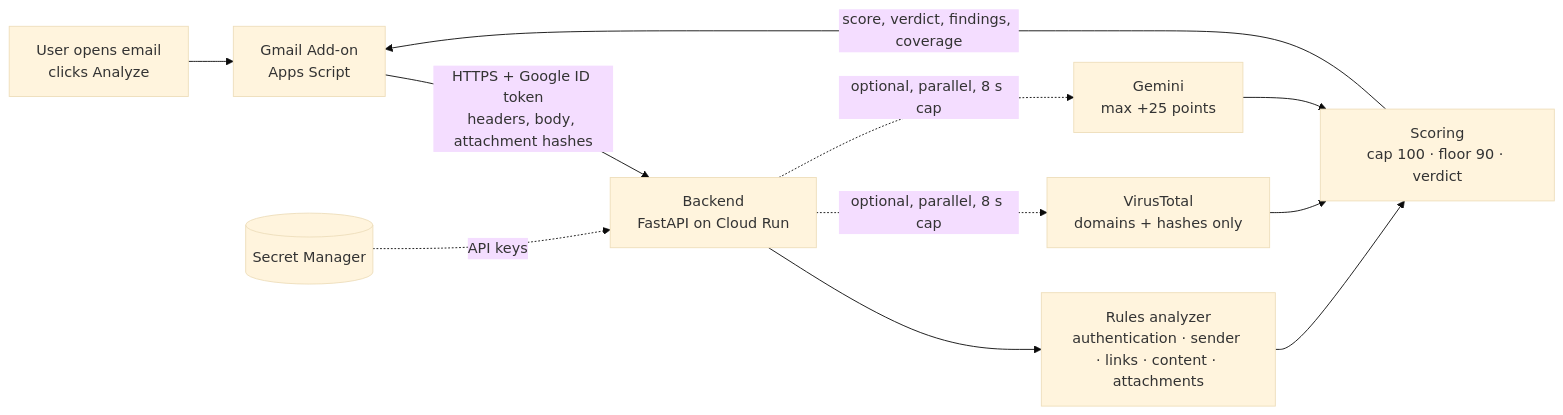
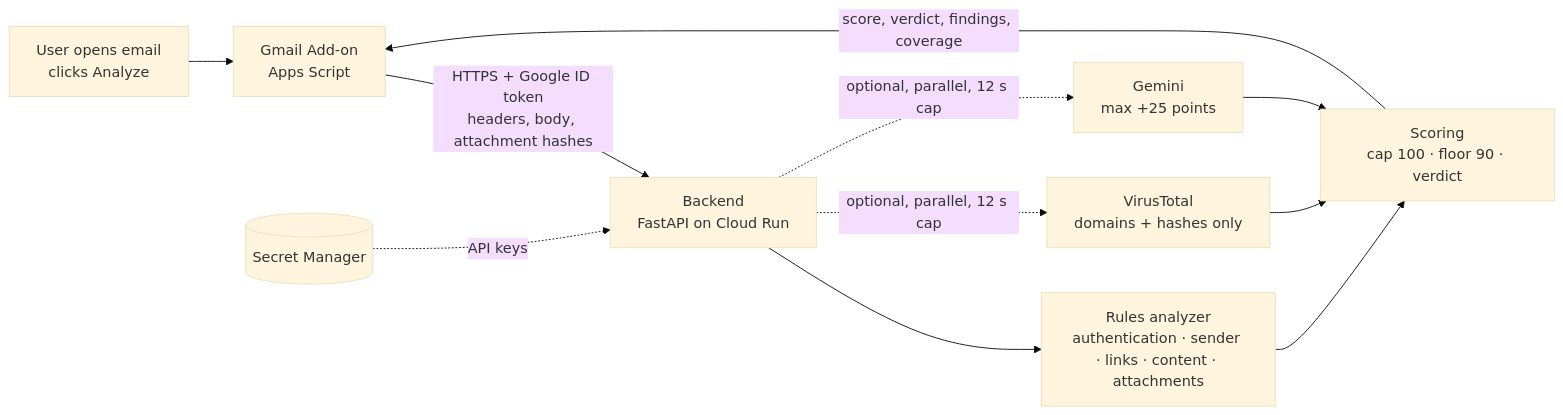
Before and after one commit to stavalg/gmail-email-scorer: the diagram in README.md, drawn with Mermaid (base theme). The commit also changed other lines of this file and 3 other files, not shown here.

First line of the commit message:
chore: 12 s optional-analyzer cap within the 15 s budget; README for VirusTotal + AI

````diff
--- a/README.md
+++ b/README.md
@@ -67,13 +67,13 @@
 ```mermaid
 flowchart LR
   U[User opens email<br/>clicks Analyze] --> A[Gmail Add-on<br/>Apps Script]
   A -- "HTTPS + Google ID token<br/>headers, body, attachment hashes" --> B[Backend<br/>FastAPI on Cloud Run]
   B --> R[Rules analyzer<br/>authentication · sender · links · content · attachments]
-  B -. optional, parallel, 8 s cap .-> VT[VirusTotal<br/>domains + hashes only]
-  B -. optional, parallel, 8 s cap .-> AI[Gemini<br/>max +25 points]
+  B -. optional, parallel, 12 s cap .-> VT[VirusTotal<br/>domains + hashes only]
+  B -. optional, parallel, 12 s cap .-> AI[Gemini<br/>max +25 points]
   R --> S[Scoring<br/>cap 100 · floor 90 · verdict]
   VT --> S
   AI --> S
   S -- "score, verdict, findings, coverage" --> A
   SM[(Secret Manager)] -. API keys .-> B
 ```
````
